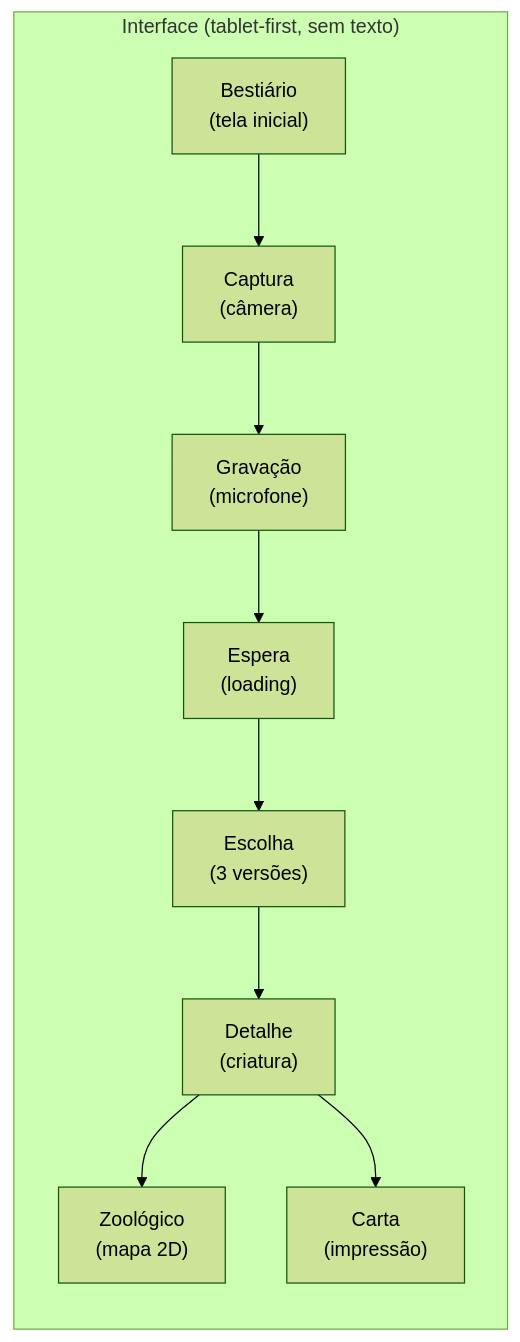
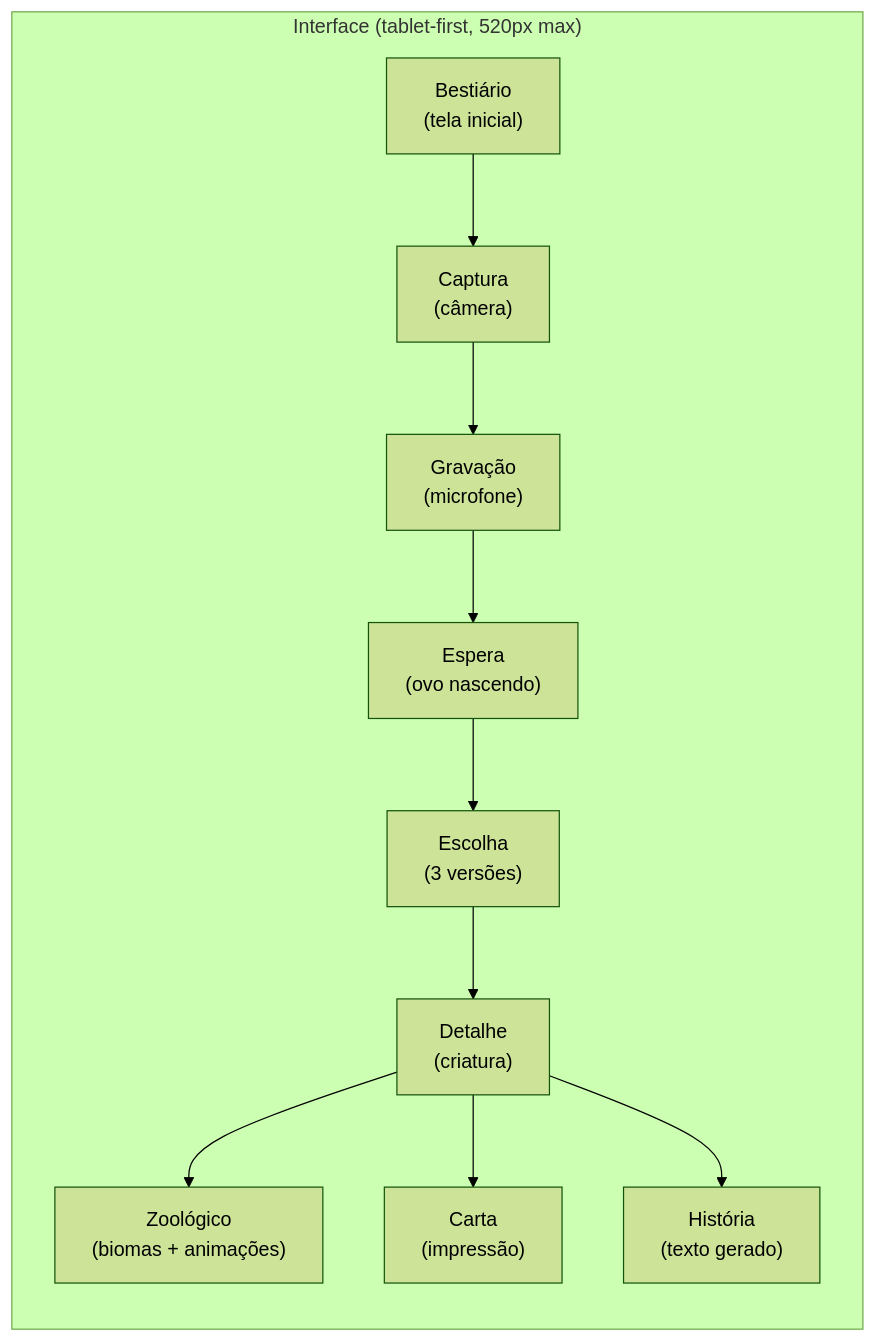
One commit to marcosdidier/criacomp-ferramenta-grupo7 changed the second of 7 diagrams in docs/1-Entregas/PF3-Diagrama-Arquitetura.md. Above: the diagram before and after it, drawn with Mermaid (forest theme). The commit also changed other lines of this file, not shown here.

First line of the commit message:
docs: atualiza diagrama PF3 com stack real

````diff
--- a/docs/1-Entregas/PF3-Diagrama-Arquitetura.md
+++ b/docs/1-Entregas/PF3-Diagrama-Arquitetura.md
@@ -70,21 +70,23 @@
 ```mermaid
 flowchart LR
-    subgraph Interface["Interface (tablet-first, sem texto)"]
+    subgraph Interface["Interface (tablet-first, 520px max)"]
         T1["Bestiário\n(tela inicial)"]
         T2["Captura\n(câmera)"]
         T3["Gravação\n(microfone)"]
-        T4["Espera\n(loading)"]
+        T4["Espera\n(ovo nascendo)"]
         T5["Escolha\n(3 versões)"]
         T6["Detalhe\n(criatura)"]
-        T7["Zoológico\n(mapa 2D)"]
+        T7["Zoológico\n(biomas + animações)"]
         T8["Carta\n(impressão)"]
+        T9["História\n(texto gerado)"]
     end
 
     T1 --> T2
     T2 --> T3
     T3 --> T4
     T4 --> T5
     T5 --> T6
     T6 --> T7
     T6 --> T8
+    T6 --> T9
 ```
````
